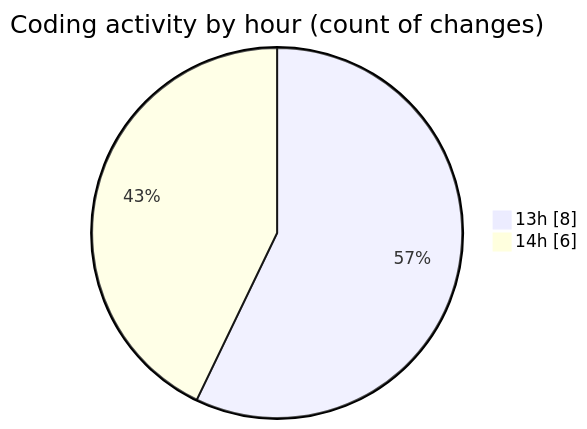
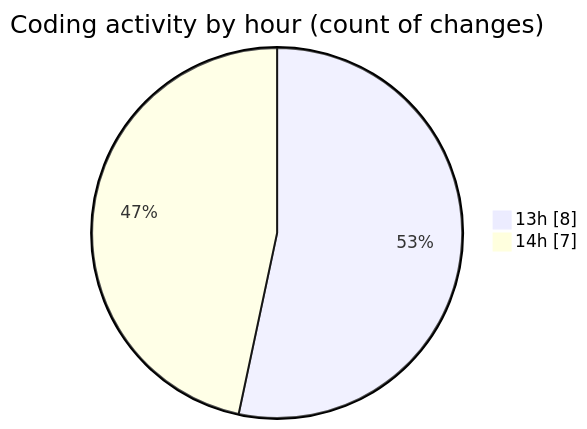
Before and after one commit to BS-eng2023/code-tracking: the second of 2 diagrams in 2025-04-03/jsvms/README.md, drawn with Mermaid. The commit also changed other lines of this file and 1 other file, not shown here.

````diff
--- a/2025-04-03/jsvms/README.md
+++ b/2025-04-03/jsvms/README.md
@@ -33,6 +33,6 @@
 ```mermaid
 pie showData
 title Coding activity by hour (count of changes)
 "13h" : 8
-"14h" : 6
+"14h" : 7
 ```
````
